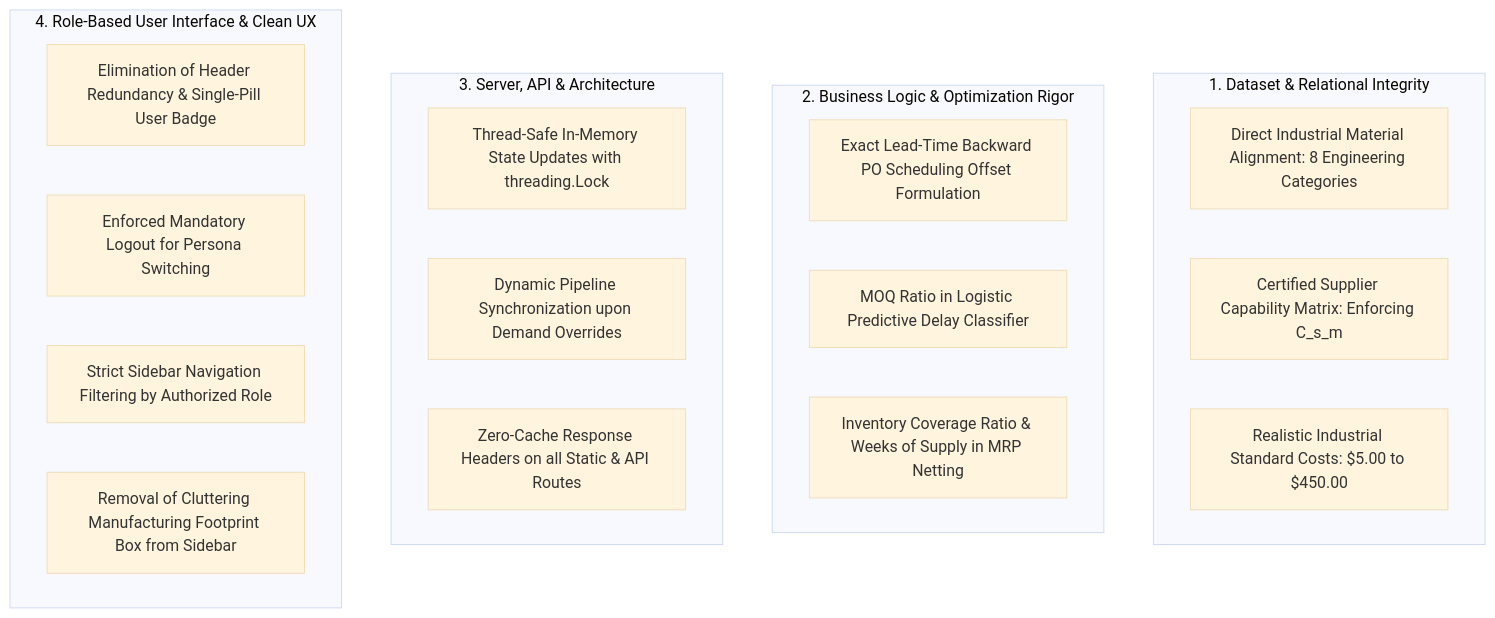
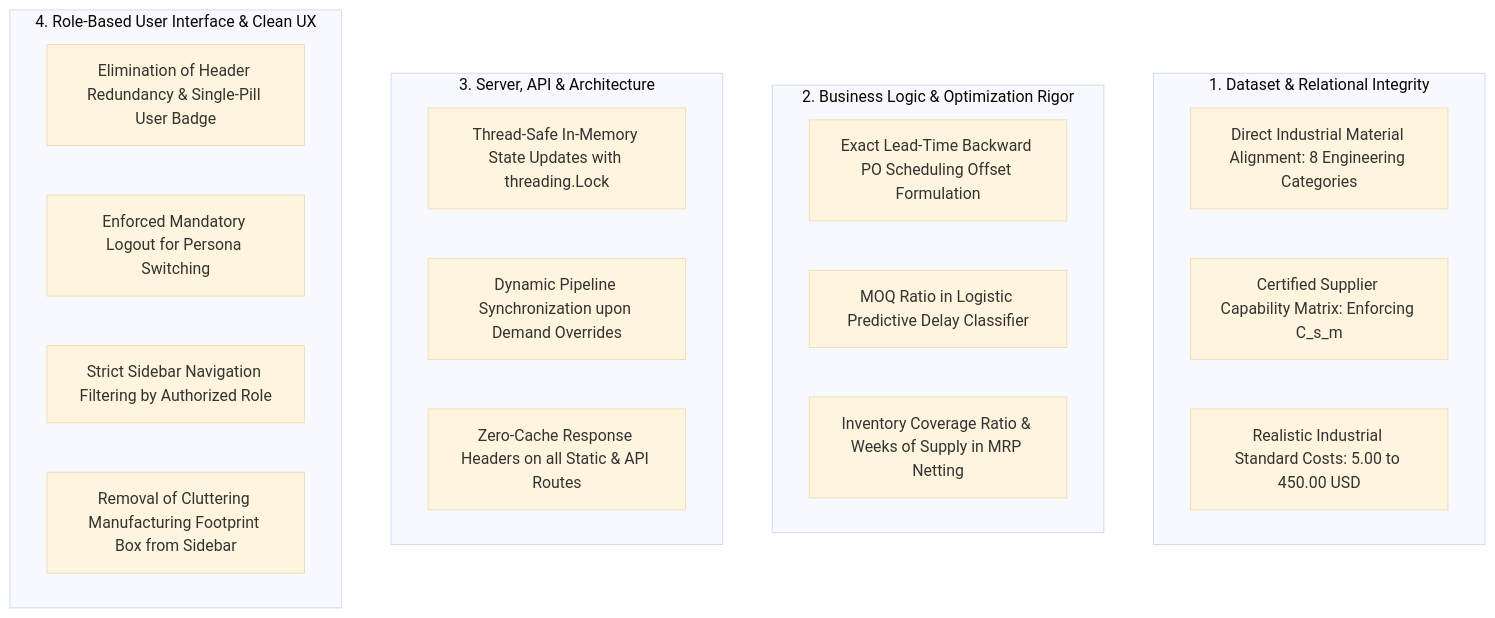
The diagram in docs/GAP_ANALYSIS_AND_IMPROVEMENTS.md (notsooamit/strategic-sourcing-allocation-suite), drawn with Mermaid (base theme) before and after one commit. The commit also changed other lines of this file and 7 other files, not shown here.

````diff
--- a/docs/GAP_ANALYSIS_AND_IMPROVEMENTS.md
+++ b/docs/GAP_ANALYSIS_AND_IMPROVEMENTS.md
@@ -16,27 +16,27 @@
 ```mermaid
 flowchart TD
     subgraph DATA_GAPS [1. Dataset & Relational Integrity]
         D1[Direct Industrial Material Alignment: 8 Engineering Categories]
         D2[Certified Supplier Capability Matrix: Enforcing C_s_m]
-        D3[Realistic Industrial Standard Costs: $5.00 to $450.00]
+        D3[Realistic Industrial Standard Costs: 5.00 to 450.00 USD]
     end
 
     subgraph ENGINE_GAPS [2. Business Logic & Optimization Rigor]
         E1[Exact Lead-Time Backward PO Scheduling Offset Formulation]
         E2[MOQ Ratio in Logistic Predictive Delay Classifier]
         E3[Inventory Coverage Ratio & Weeks of Supply in MRP Netting]
     end
 
     subgraph SERVER_GAPS [3. Server, API & Architecture]
         C1[Thread-Safe In-Memory State Updates with threading.Lock]
         C2[Dynamic Pipeline Synchronization upon Demand Overrides]
         C3[Zero-Cache Response Headers on all Static & API Routes]
     end
 
     subgraph UI_GAPS [4. Role-Based User Interface & Clean UX]
         U1[Elimination of Header Redundancy & Single-Pill User Badge]
         U2[Enforced Mandatory Logout for Persona Switching]
         U3[Strict Sidebar Navigation Filtering by Authorized Role]
         U4[Removal of Cluttering Manufacturing Footprint Box from Sidebar]
     end
 ```
````
